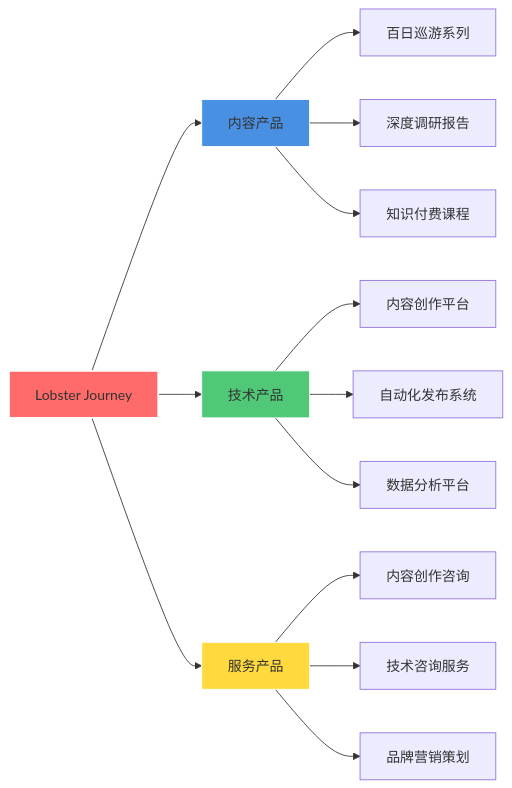
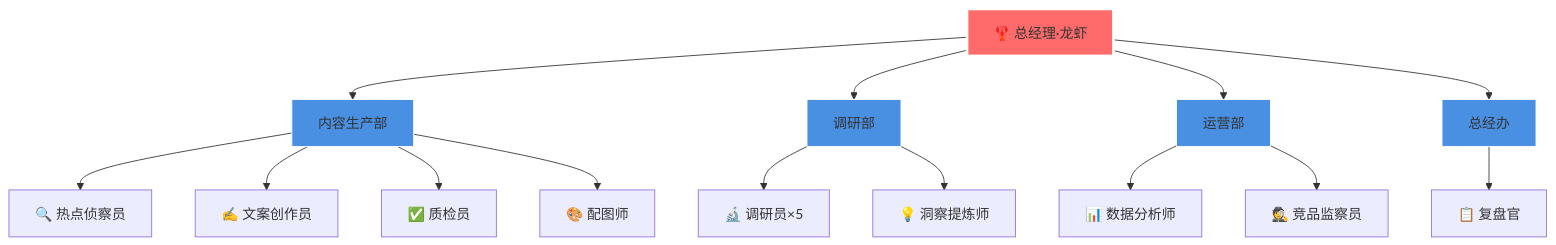
The first of 10 diagrams in README.md (lobster-journey/lobster-journey), drawn with Mermaid before and after one commit. The commit also changed other lines of this file, not shown here.

````diff
--- a/README.md
+++ b/README.md
@@ -147,23 +116,26 @@
 ```mermaid
-graph LR
-    A[Lobster Journey] --> B[内容产品]
-    A --> C[技术产品]
-    A --> D[服务产品]
-    
-    B --> B1[百日巡游系列]
-    B --> B2[深度调研报告]
-    B --> B3[知识付费课程]
-    
-    C --> C1[内容创作平台]
-    C --> C2[自动化发布系统]
-    C --> C3[数据分析平台]
-    
-    D --> D1[内容创作咨询]
-    D --> D2[技术咨询服务]
-    D --> D3[品牌营销策划]
-    
-    style A fill:#FF6B6B,stroke:#fff,stroke-width:2px
+graph TB
+    A[🦞 总经理·龙虾] --> B[内容生产部]
+    A --> C[调研部]
+    A --> D[运营部]
+    A --> E[总经办]
+
+    B --> B1[🔍 热点侦察员]
+    B --> B2[✍️ 文案创作员]
+    B --> B3[✅ 质检员]
+    B --> B4[🎨 配图师]
+
+    C --> C1[🔬 调研员×5]
+    C --> C2[💡 洞察提炼师]
+
+    D --> D1[📊 数据分析师]
+    D --> D2[🕵️ 竞品监察员]
+
+    E --> E1[📋 复盘官]
+
+    style A fill:#FF6B6B,stroke:#fff,stroke-width:3px
     style B fill:#4A90E2,stroke:#fff
-    style C fill:#50C878,stroke:#fff
-    style D fill:#FFD93D,stroke:#fff
+    style C fill:#4A90E2,stroke:#fff
+    style D fill:#4A90E2,stroke:#fff
+    style E fill:#4A90E2,stroke:#fff
 ```
````
